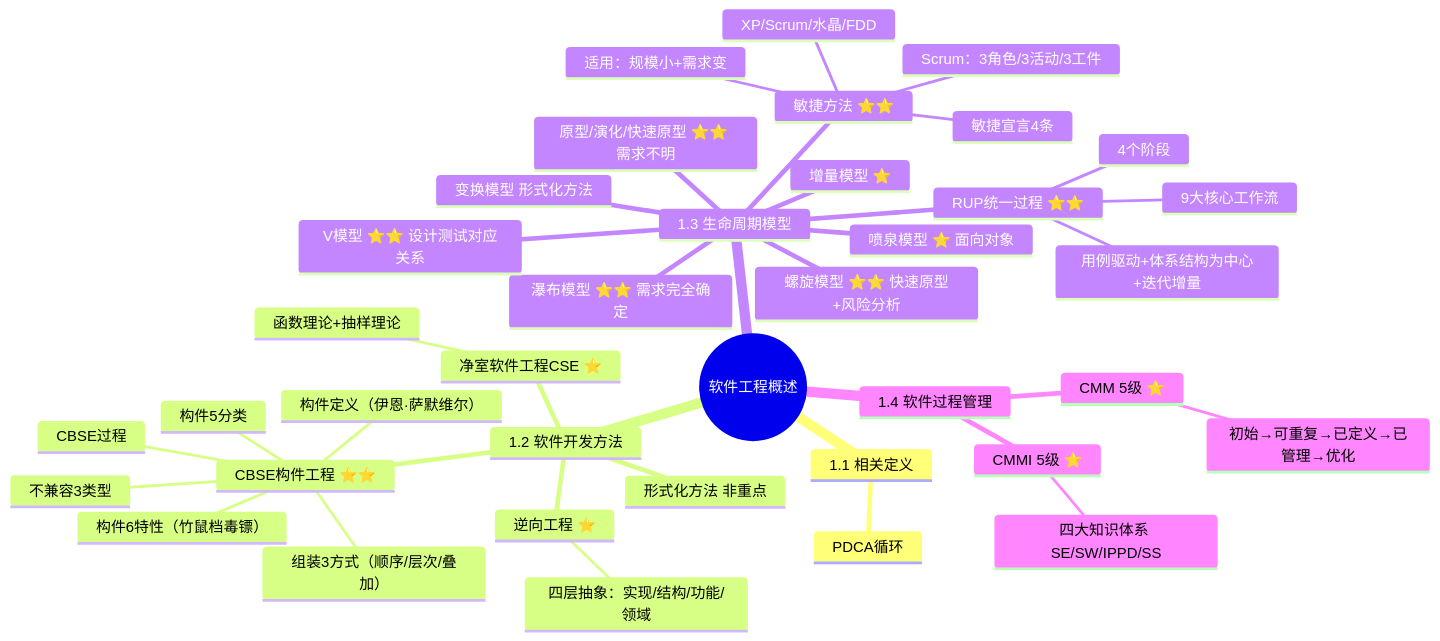
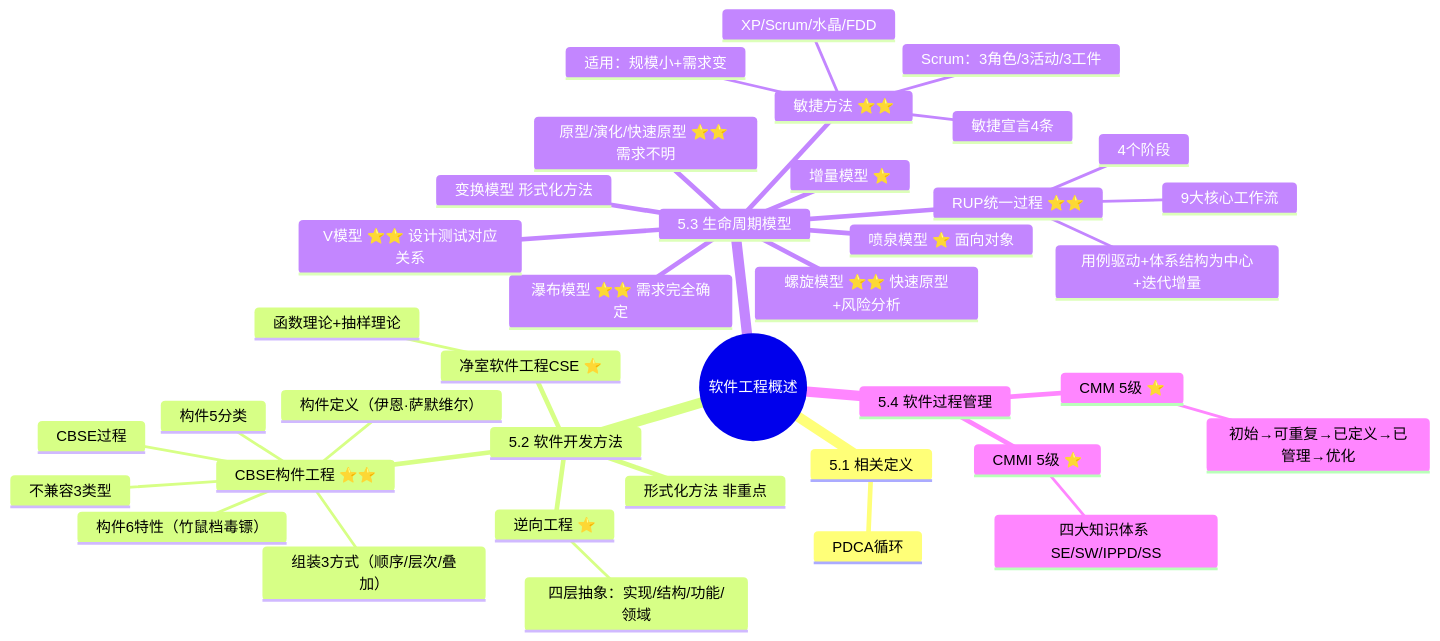
One commit to wanlinruo/system-architect-exam-prep changed the diagram in 01-综合知识/05-软件工程概述.md. Above: the diagram before and after it, drawn with Mermaid. The commit also changed other lines of this file and 3 other files, not shown here.

````diff
--- a/01-综合知识/05-软件工程概述.md
+++ b/01-综合知识/05-软件工程概述.md
@@ -41,41 +41,41 @@
 ```mermaid
 mindmap
   root((软件工程概述))
-    1.1 相关定义
+    5.1 相关定义
       PDCA循环
-    1.2 软件开发方法
+    5.2 软件开发方法
       形式化方法 非重点
       净室软件工程CSE ⭐
         函数理论+抽样理论
       逆向工程 ⭐
         四层抽象：实现/结构/功能/领域
       CBSE构件工程 ⭐⭐
         构件定义（伊恩·萨默维尔）
         构件6特性（竹鼠档毒镖）
         构件5分类
         CBSE过程
         组装3方式（顺序/层次/叠加）
         不兼容3类型
-    1.3 生命周期模型
+    5.3 生命周期模型
       瀑布模型 ⭐⭐ 需求完全确定
       原型/演化/快速原型 ⭐⭐ 需求不明
       螺旋模型 ⭐⭐ 快速原型+风险分析
       喷泉模型 ⭐ 面向对象
       变换模型 形式化方法
       V模型 ⭐⭐ 设计测试对应关系
       RUP统一过程 ⭐⭐
         用例驱动+体系结构为中心+迭代增量
         9大核心工作流
         4个阶段
       敏捷方法 ⭐⭐
         敏捷宣言4条
         适用：规模小+需求变
         XP/Scrum/水晶/FDD
         Scrum：3角色/3活动/3工件
       增量模型 ⭐
-    1.4 软件过程管理
+    5.4 软件过程管理
       CMM 5级 ⭐
         初始→可重复→已定义→已管理→优化
       CMMI 5级 ⭐
         四大知识体系 SE/SW/IPPD/SS
 ```
````
